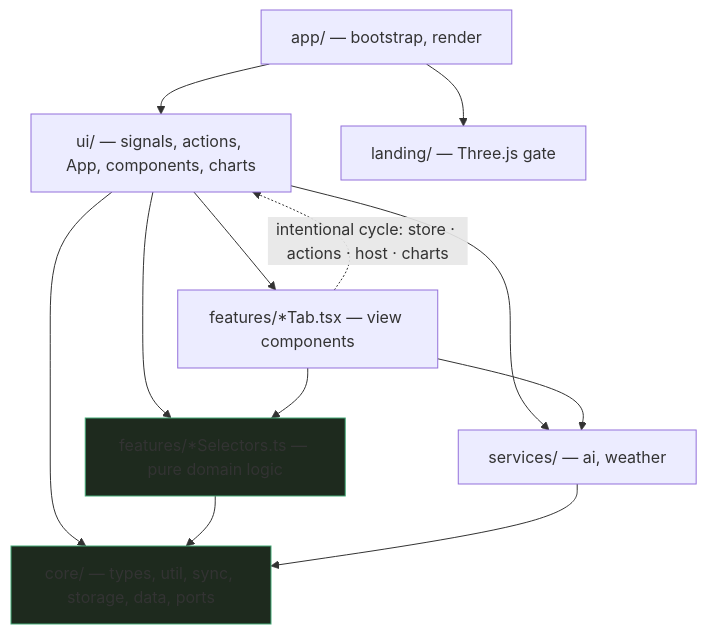
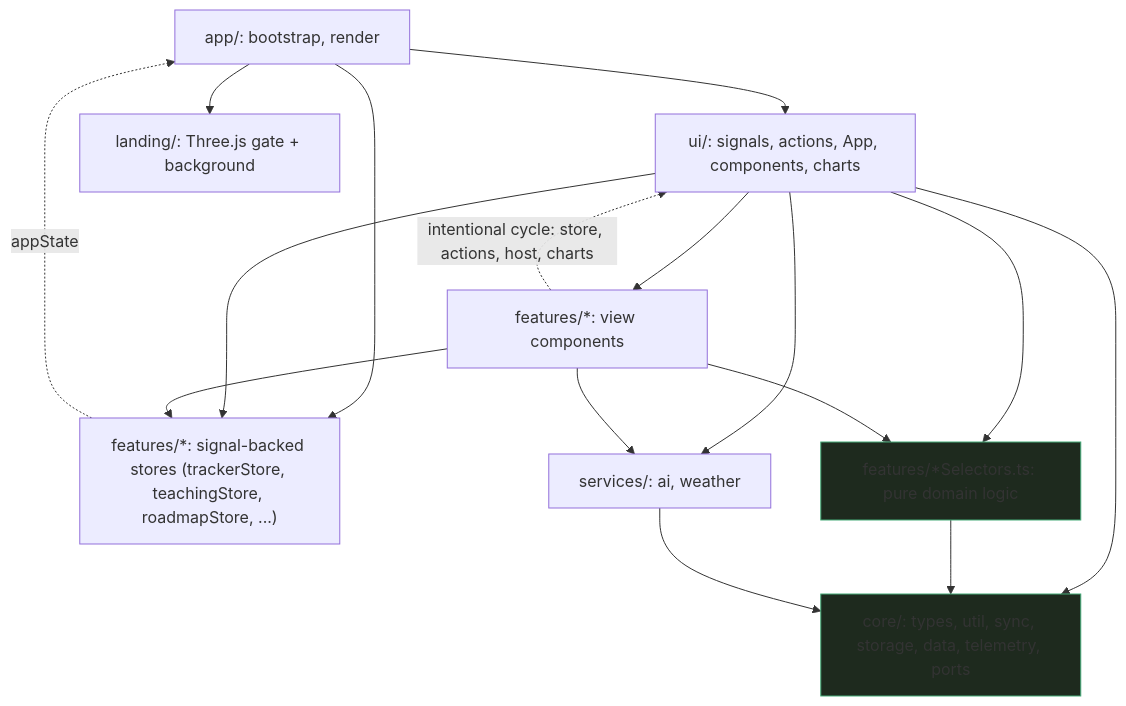
The first of 3 diagrams in ARCHITECTURE.md (clz4096/meridian), drawn with Mermaid before and after one commit. The commit also changed other lines of this file and 4 other files, not shown here.

````diff
--- a/ARCHITECTURE.md
+++ b/ARCHITECTURE.md
@@ -64,25 +69,30 @@
 ```mermaid
 graph TD
-    app["app/ — bootstrap, render"]
-    ui["ui/ — signals, actions, App, components, charts"]
-    views["features/*Tab.tsx — view components"]
-    selectors["features/*Selectors.ts — pure domain logic"]
-    services["services/ — ai, weather"]
-    landing["landing/ — Three.js gate"]
-    core["core/ — types, util, sync, storage, data, ports"]
+    app["app/: bootstrap, render"]
+    ui["ui/: signals, actions, App, components, charts"]
+    views["features/*: view components"]
+    fstores["features/*: signal-backed stores (trackerStore, teachingStore, roadmapStore, ...)"]
+    selectors["features/*Selectors.ts: pure domain logic"]
+    services["services/: ai, weather"]
+    landing["landing/: Three.js gate + background"]
+    core["core/: types, util, sync, storage, data, telemetry, ports"]
 
     app --> ui
     app --> landing
+    app --> fstores
     ui --> views
-    views -.->|intentional cycle: store · actions · host · charts| ui
+    views -.->|intentional cycle: store, actions, host, charts| ui
     ui --> services
     views --> services
     ui --> selectors
+    ui --> fstores
     ui --> core
+    views --> fstores
     views --> selectors
+    fstores -.->|appState| app
     selectors --> core
     services --> core
 
     classDef pure fill:#1e2a1e,stroke:#4a7;
     class core,selectors pure;
 ```
````
